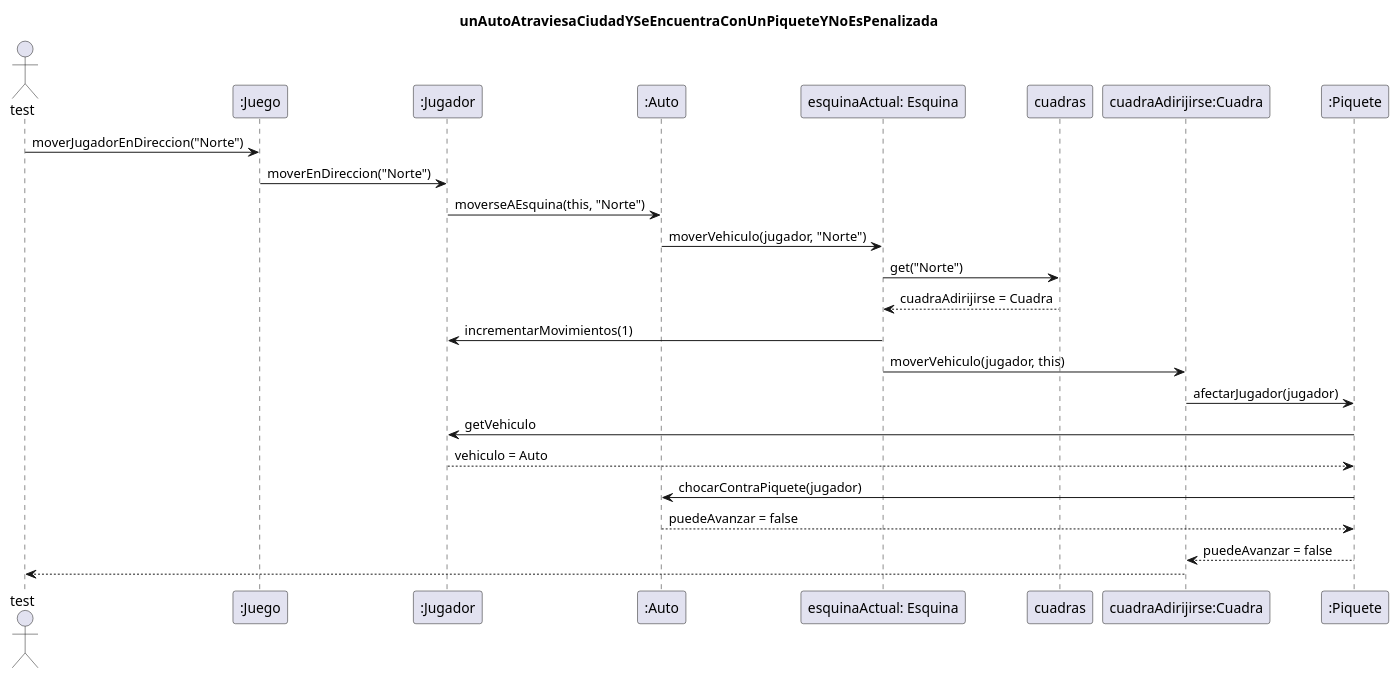
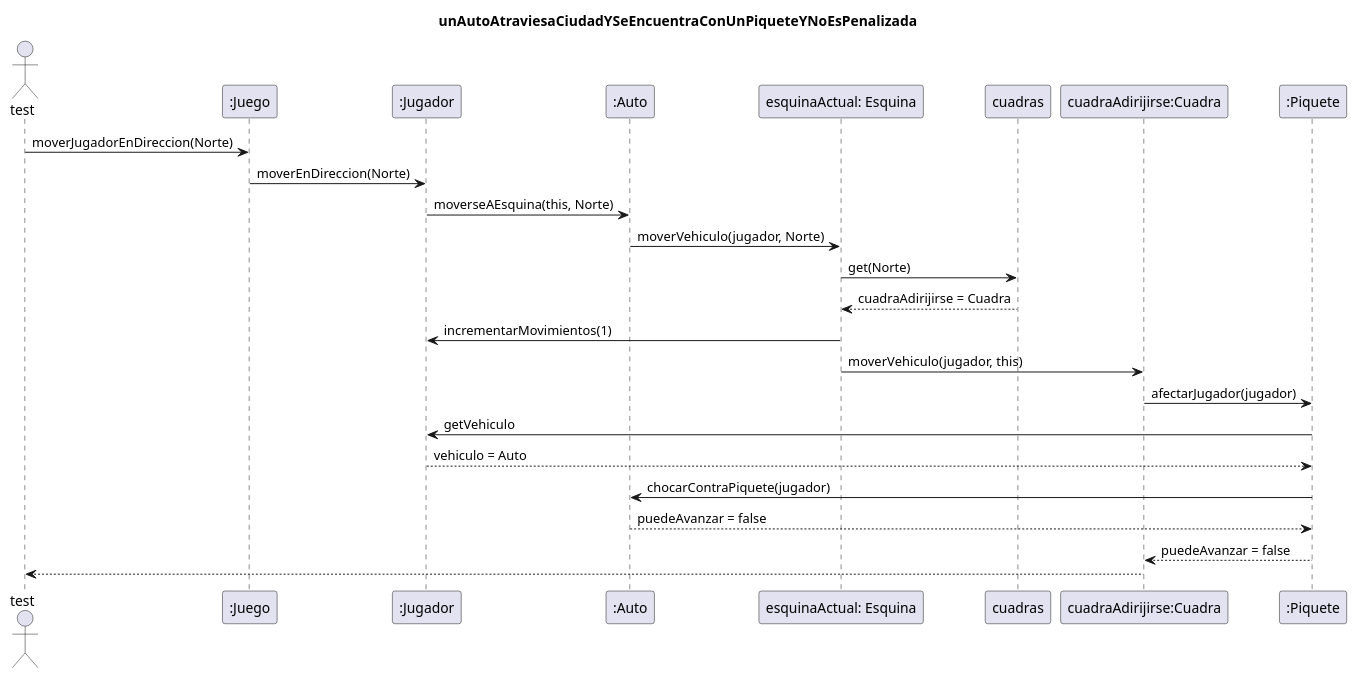
One commit to TP2Algo3FIUBA/tp2 changed the diagram in diagrams/sequences/entrega01/CasoDeUso05.plantuml. Above: the diagram before and after it, drawn with PlantUML. The commit also changed 10 other files, not shown here.

```diff
--- a/diagrams/sequences/entrega01/CasoDeUso05.plantuml
+++ b/diagrams/sequences/entrega01/CasoDeUso05.plantuml
@@ -1,21 +1,21 @@
 @startuml
 title: unAutoAtraviesaCiudadYSeEncuentraConUnPiqueteYNoEsPenalizada
 
 Actor test
-test -> ":Juego" : moverJugadorEnDireccion("Norte")
-":Juego" -> ":Jugador": moverEnDireccion("Norte")
-":Jugador" -> ":Auto" : moverseAEsquina(this, "Norte")
-":Auto"  -> "esquinaActual: Esquina" : moverVehiculo(jugador, "Norte")
-"esquinaActual: Esquina" -> cuadras : get("Norte")
+test -> ":Juego" : moverJugadorEnDireccion(Norte)
+":Juego" -> ":Jugador": moverEnDireccion(Norte)
+":Jugador" -> ":Auto" : moverseAEsquina(this, Norte)
+":Auto"  -> "esquinaActual: Esquina" : moverVehiculo(jugador, Norte)
+"esquinaActual: Esquina" -> cuadras : get(Norte)
 "esquinaActual: Esquina" <-- cuadras : cuadraAdirijirse = Cuadra
 "esquinaActual: Esquina" -> ":Jugador" : incrementarMovimientos(1)
 "esquinaActual: Esquina" -> "cuadraAdirijirse:Cuadra" : moverVehiculo(jugador, this)
 "cuadraAdirijirse:Cuadra" -> ":Piquete"  : afectarJugador(jugador)
 ":Piquete" -> ":Jugador" : getVehiculo
 ":Piquete"  <-- ":Jugador" : vehiculo = Auto
 ":Piquete"  -> ":Auto"  : chocarContraPiquete(jugador)
 ":Piquete"  <-- ":Auto"  : puedeAvanzar = false
 "cuadraAdirijirse:Cuadra" <-- ":Piquete" : puedeAvanzar = false
 
 test <-- "cuadraAdirijirse:Cuadra"
 @enduml
```
